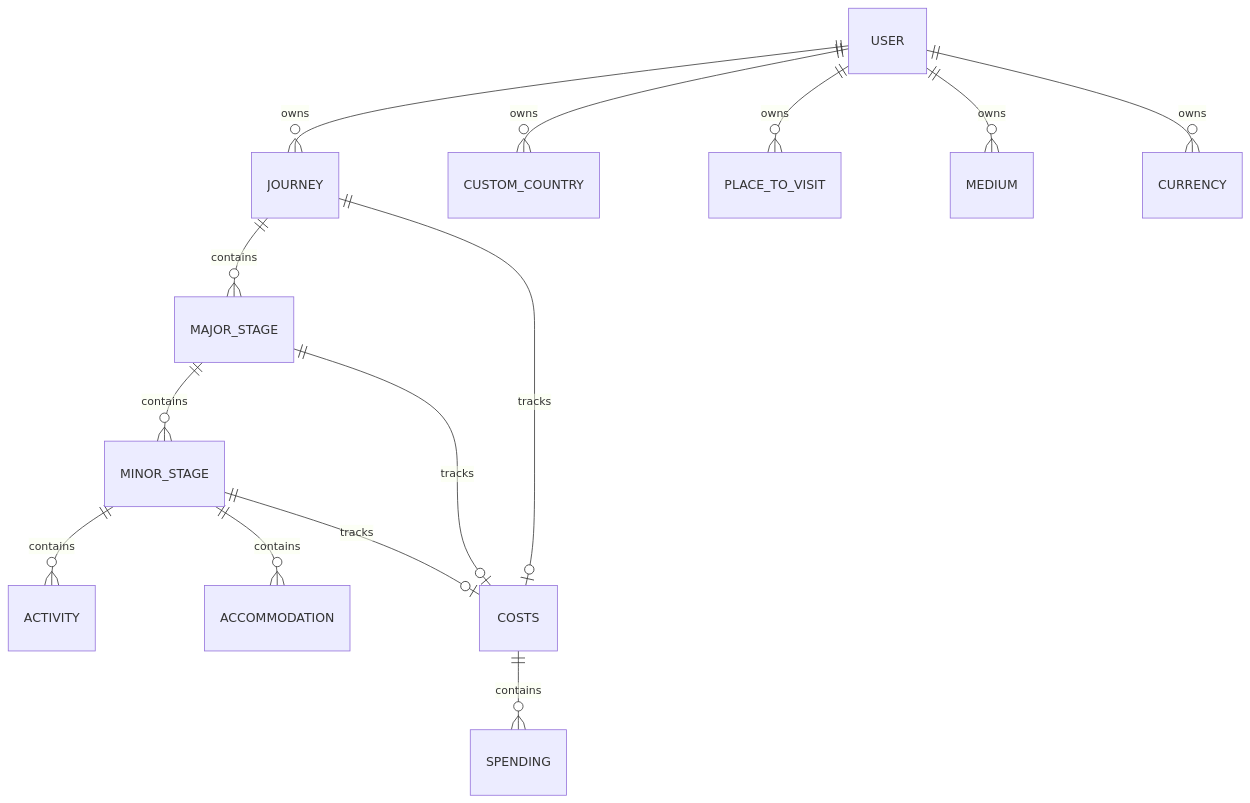
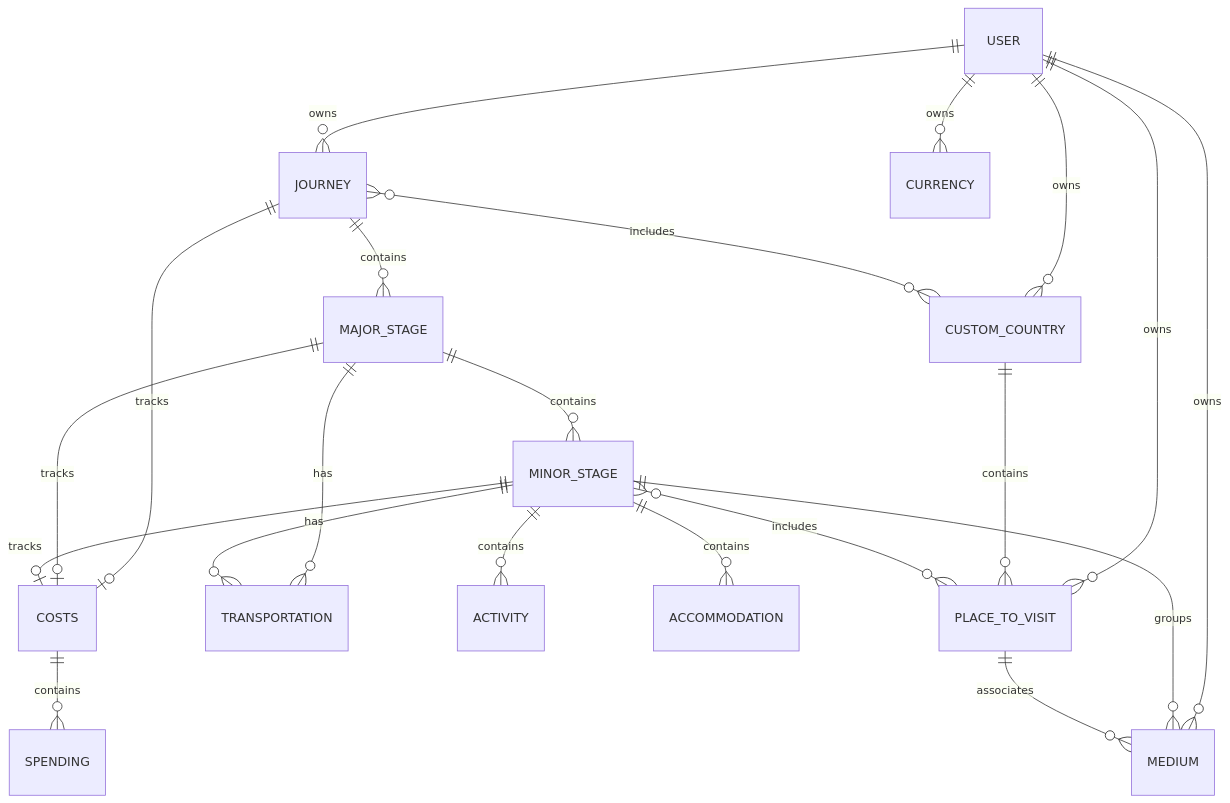
One commit to Meilocora/TravelBuddy-frontend changed the second of 2 diagrams in README.md. Above: the diagram before and after it, drawn with Mermaid. The commit also changed other lines of this file, not shown here.

Commit message:
docs: Revise README for clarity and detail on project features and architecture

````diff
--- a/README.md
+++ b/README.md
@@ -123,20 +116,29 @@
 ```mermaid
 erDiagram
     USER ||--o{ JOURNEY : owns
     USER ||--o{ CUSTOM_COUNTRY : owns
     USER ||--o{ PLACE_TO_VISIT : owns
     USER ||--o{ MEDIUM : owns
     USER ||--o{ CURRENCY : owns
 
+    JOURNEY }o--o{ CUSTOM_COUNTRY : includes
+    CUSTOM_COUNTRY ||--o{ PLACE_TO_VISIT : contains
+
     JOURNEY ||--o{ MAJOR_STAGE : contains
     MAJOR_STAGE ||--o{ MINOR_STAGE : contains
 
+    MAJOR_STAGE ||--o{ TRANSPORTATION : has
+    MINOR_STAGE ||--o{ TRANSPORTATION : has
     MINOR_STAGE ||--o{ ACTIVITY : contains
     MINOR_STAGE ||--o{ ACCOMMODATION : contains
+
+    MINOR_STAGE }o--o{ PLACE_TO_VISIT : includes
 
     JOURNEY ||--o| COSTS : tracks
     MAJOR_STAGE ||--o| COSTS : tracks
     MINOR_STAGE ||--o| COSTS : tracks
+    COSTS ||--o{ SPENDING : contains
 
-    COSTS ||--o{ SPENDING : contains
+    MINOR_STAGE ||--o{ MEDIUM : groups
+    PLACE_TO_VISIT ||--o{ MEDIUM : associates
 ```
````
